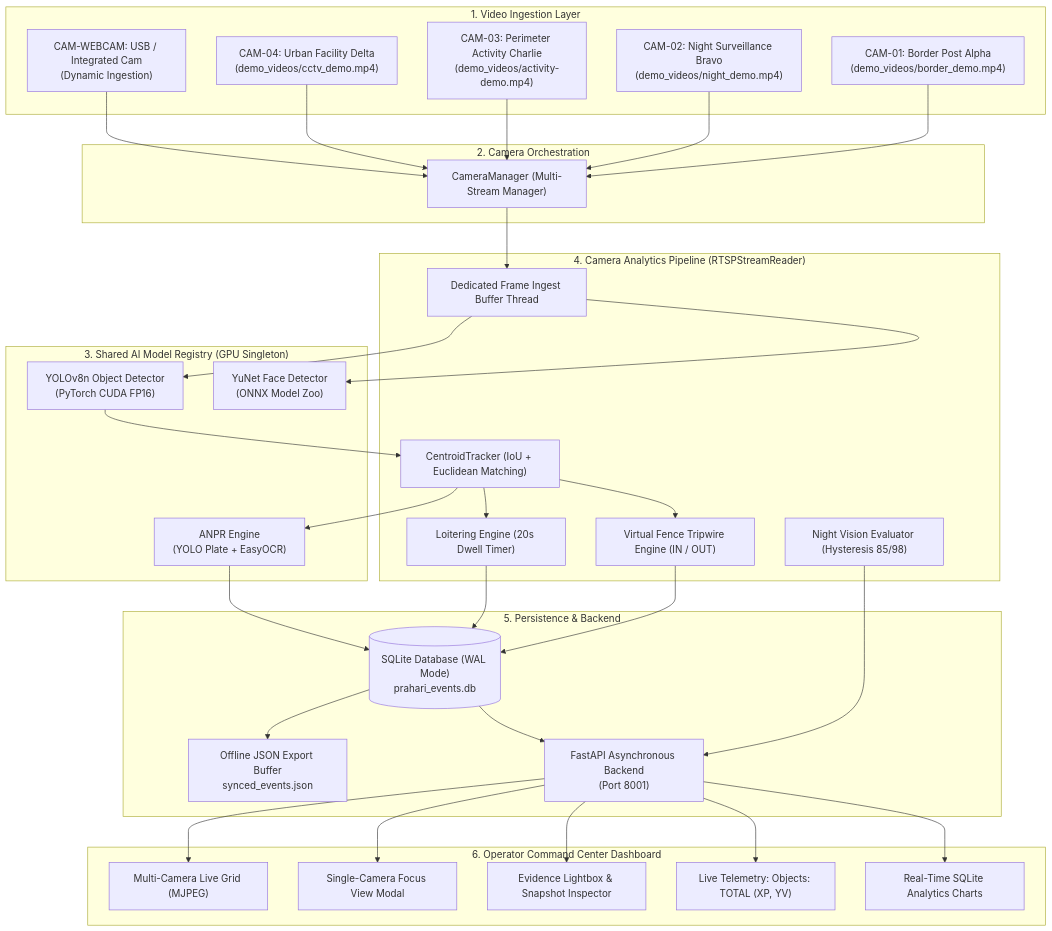
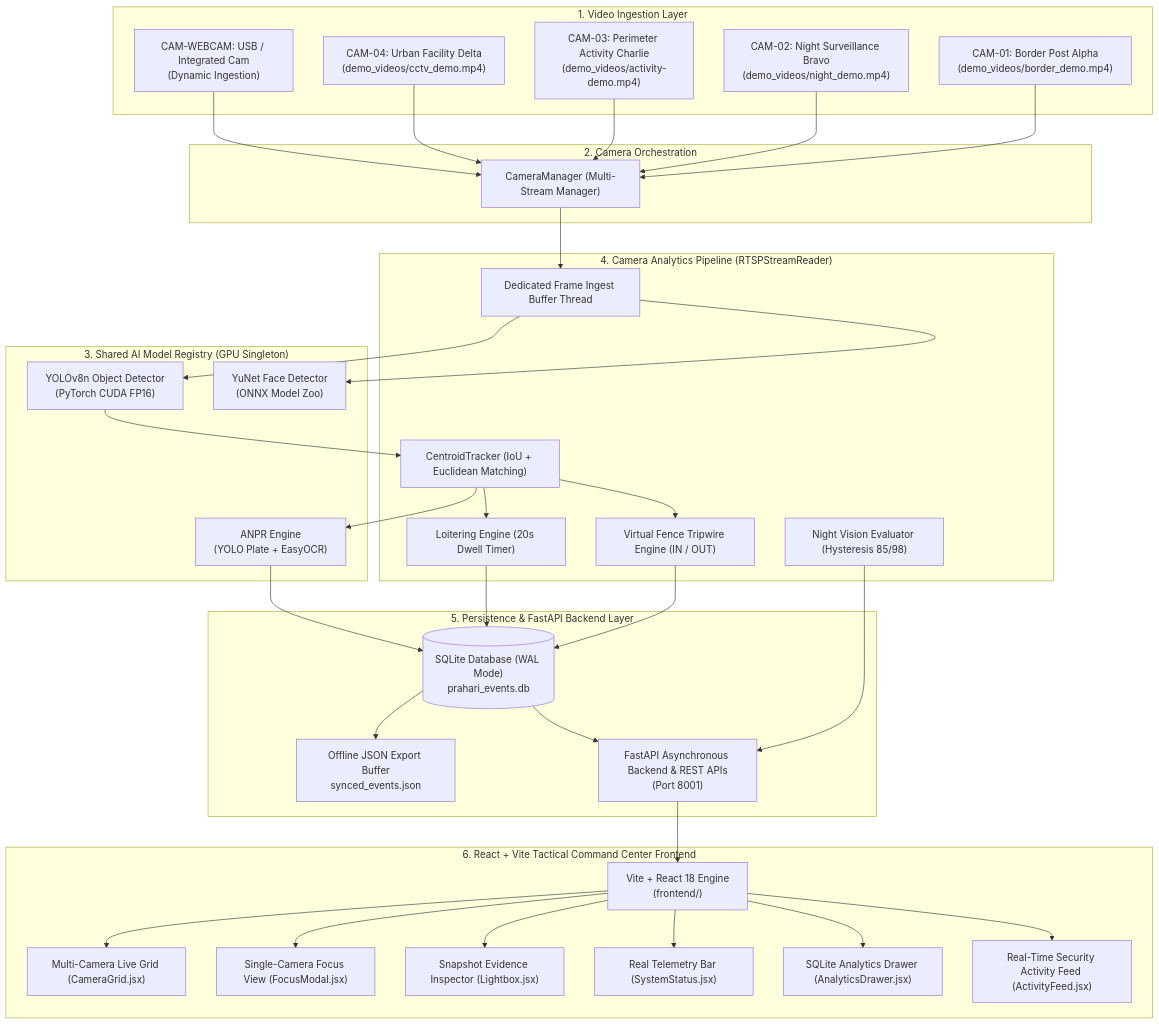
Before and after one commit to abhishek-khairnar/PRAHARI-AI: the first of 2 diagrams in README.md, drawn with Mermaid. The commit also changed other lines of this file and 21 other files, not shown here.

Commit message:
feat: migrate surveillance dashboard to React and Vite

````diff
--- a/README.md
+++ b/README.md
@@ -126,54 +126,57 @@
 ```mermaid
 flowchart TD
     subgraph Ingestion["1. Video Ingestion Layer"]
         CAM1["CAM-01: Border Post Alpha\n(demo_videos/border_demo.mp4)"]
         CAM2["CAM-02: Night Surveillance Bravo\n(demo_videos/night_demo.mp4)"]
         CAM3["CAM-03: Perimeter Activity Charlie\n(demo_videos/activity-demo.mp4)"]
         CAM4["CAM-04: Urban Facility Delta\n(demo_videos/cctv_demo.mp4)"]
         WEBCAM["CAM-WEBCAM: USB / Integrated Cam\n(Dynamic Ingestion)"]
     end
 
     subgraph Manager["2. Camera Orchestration"]
         CM["CameraManager (Multi-Stream Manager)"]
     end
 
     subgraph Registry["3. Shared AI Model Registry (GPU Singleton)"]
         YOLO["YOLOv8n Object Detector\n(PyTorch CUDA FP16)"]
         YUNET["YuNet Face Detector\n(ONNX Model Zoo)"]
         ANPR_M["ANPR Engine\n(YOLO Plate + EasyOCR)"]
     end
 
     subgraph Pipeline["4. Camera Analytics Pipeline (RTSPStreamReader)"]
         INGEST["Dedicated Frame Ingest Buffer Thread"]
         TRACK["CentroidTracker (IoU + Euclidean Matching)"]
         FENCE["Virtual Fence Tripwire Engine (IN / OUT)"]
         NIGHT["Night Vision Evaluator (Hysteresis 85/98)"]
         LOITER["Loitering Engine (20s Dwell Timer)"]
     end
 
-    subgraph Storage["5. Persistence & Backend"]
+    subgraph Storage["5. Persistence & FastAPI Backend Layer"]
         DB[("SQLite Database (WAL Mode)\nprahari_events.db")]
         SYNC["Offline JSON Export Buffer\nsynced_events.json"]
-        FASTAPI["FastAPI Asynchronous Backend\n(Port 8001)"]
+        FASTAPI["FastAPI Asynchronous Backend & REST APIs\n(Port 8001)"]
     end
 
-    subgraph Presentation["6. Operator Command Center Dashboard"]
-        GRID["Multi-Camera Live Grid (MJPEG)"]
-        FOCUS["Single-Camera Focus View Modal"]
-        LIGHTBOX["Evidence Lightbox & Snapshot Inspector"]
-        METRICS["Live Telemetry: Objects: TOTAL (XP, YV)"]
-        ANALYTICS["Real-Time SQLite Analytics Charts"]
+    subgraph Presentation["6. React + Vite Tactical Command Center Frontend"]
+        VITE["Vite + React 18 Engine\n(frontend/)"]
+        GRID["Multi-Camera Live Grid (CameraGrid.jsx)"]
+        FOCUS["Single-Camera Focus View (FocusModal.jsx)"]
+        LIGHTBOX["Snapshot Evidence Inspector (Lightbox.jsx)"]
+        METRICS["Real Telemetry Bar (SystemStatus.jsx)"]
+        ANALYTICS["SQLite Analytics Drawer (AnalyticsDrawer.jsx)"]
+        FEED["Real-Time Security Activity Feed (ActivityFeed.jsx)"]
     end
 
     CAM1 & CAM2 & CAM3 & CAM4 & WEBCAM --> CM
     CM --> INGEST
     INGEST --> YOLO & YUNET
     YOLO --> TRACK
     TRACK --> FENCE & LOITER
     TRACK --> ANPR_M
     NIGHT --> FASTAPI
     FENCE & LOITER & ANPR_M --> DB
     DB --> SYNC
     DB --> FASTAPI
-    FASTAPI --> GRID & FOCUS & LIGHTBOX & METRICS & ANALYTICS
+    FASTAPI --> VITE
+    VITE --> GRID & FOCUS & LIGHTBOX & METRICS & ANALYTICS & FEED
 ```
````
